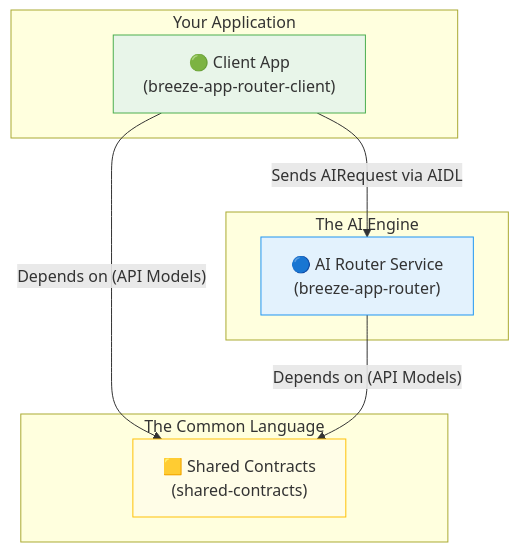
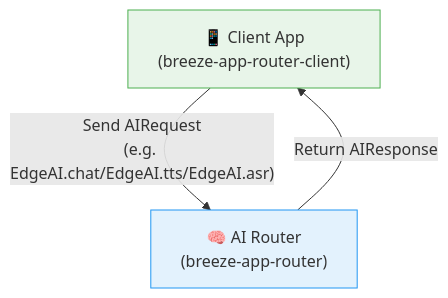
The first of 2 diagrams in BreezeApp_v2/README.md (mtkresearch/BreezeApp), drawn with Mermaid before and after one commit. The commit also changed other lines of this file and 31 other files, not shown here.

Commit message:
Rename shared-contract to EdgeAI

````diff
--- a/BreezeApp_v2/README.md
+++ b/BreezeApp_v2/README.md
@@ -17,22 +19,11 @@
 ```mermaid
 graph TD
-    subgraph "Your Application"
-        A["🟢 Client App<br>(breeze-app-router-client)"]
-    end
+    A["📱 Client App<br/>(breeze-app-router-client)"]
+    B["🧠 AI Router<br/>(breeze-app-router)"]
 
-    subgraph "The AI Engine"
-        B["🔵 AI Router Service<br>(breeze-app-router)"]
-    end
-
-    subgraph "The Common Language"
-        C["🟨 Shared Contracts<br>(shared-contracts)"]
-    end
-
-    A -- "Sends AIRequest via AIDL" --> B
-    A -- "Depends on (API Models)" --> C
-    B -- "Depends on (API Models)" --> C
+    A -- "Send AIRequest<br>(e.g. EdgeAI.chat/EdgeAI.tts/EdgeAI.asr)" --> B
+    B -- "Return AIResponse" --> A
 
     style A fill:#E8F5E9,stroke:#4CAF50
     style B fill:#E3F2FD,stroke:#2196F3
-    style C fill:#FFFDE7,stroke:#FFC107
 ```
````
